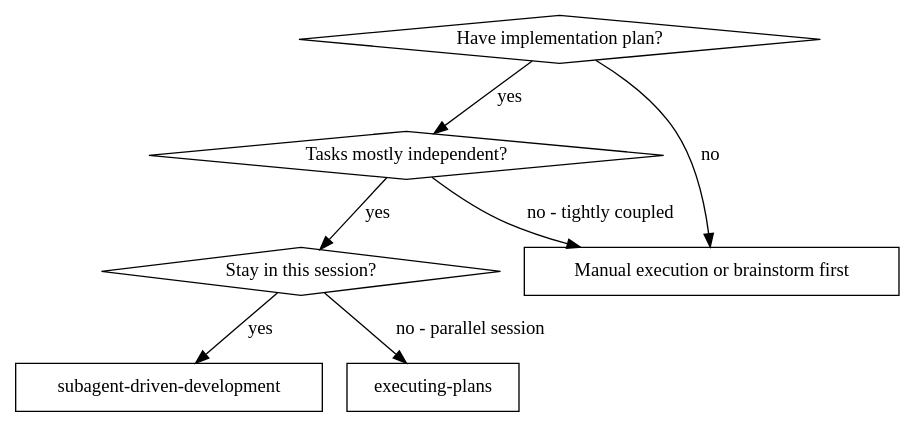
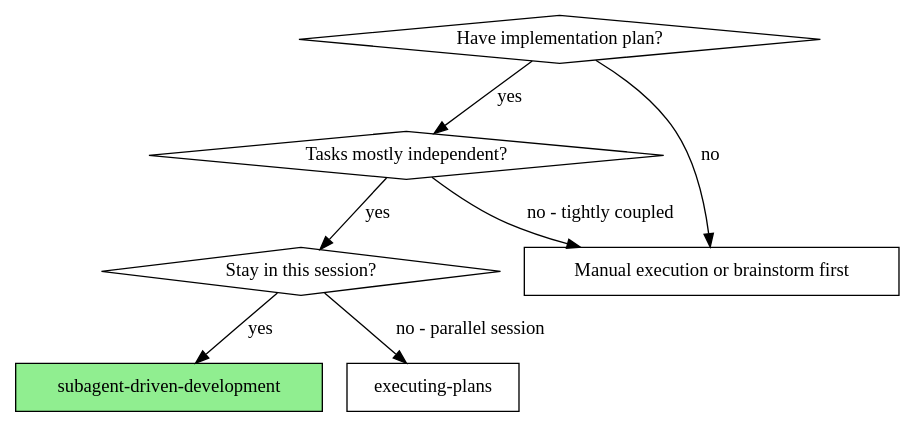
The first of 2 diagrams in skills/subagent-driven-development/SKILL.md (anortham/razorback), drawn with Graphviz before and after one commit. The commit also changed other lines of this file, not shown here.

Commit message:
feat: revive subagent-driven-development as opencode execution primary

````diff
--- a/skills/subagent-driven-development/SKILL.md
+++ b/skills/subagent-driven-development/SKILL.md
@@ -26,17 +14,17 @@
 ```dot
 digraph when_to_use {
     "Have implementation plan?" [shape=diamond];
     "Tasks mostly independent?" [shape=diamond];
     "Stay in this session?" [shape=diamond];
-    "subagent-driven-development" [shape=box];
+    "subagent-driven-development" [shape=box style=filled fillcolor=lightgreen];
     "executing-plans" [shape=box];
     "Manual execution or brainstorm first" [shape=box];
 
     "Have implementation plan?" -> "Tasks mostly independent?" [label="yes"];
     "Have implementation plan?" -> "Manual execution or brainstorm first" [label="no"];
     "Tasks mostly independent?" -> "Stay in this session?" [label="yes"];
     "Tasks mostly independent?" -> "Manual execution or brainstorm first" [label="no - tightly coupled"];
     "Stay in this session?" -> "subagent-driven-development" [label="yes"];
     "Stay in this session?" -> "executing-plans" [label="no - parallel session"];
 }
 ```
````
